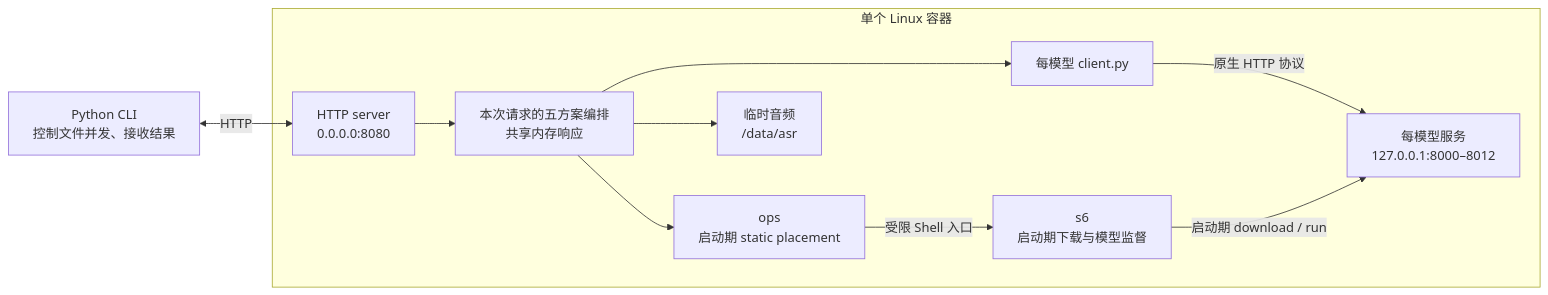
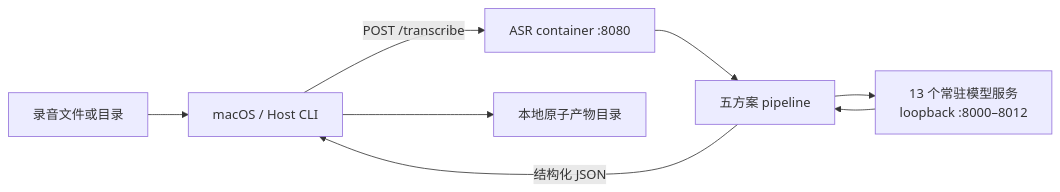
The first of 3 diagrams in platform/container/services/asr/DESIGN.md (curoky/codespace), drawn with Mermaid before and after one commit. The commit also changed other lines of this file and 27 other files, not shown here.

First line of the commit message:
refactor(asr): modernize model integration

````diff
--- a/platform/container/services/asr/DESIGN.md
+++ b/platform/container/services/asr/DESIGN.md
@@ -17,21 +7,10 @@
 ```mermaid
 flowchart LR
-    CLI[Python CLI<br/>控制文件并发、接收结果]
-    subgraph Container[单个 Linux 容器]
-        API[HTTP server<br/>0.0.0.0:8080]
-        Pipeline[本次请求的五方案编排<br/>共享内存响应]
-        Ops[ops<br/>启动期 static placement]
-        S6[s6<br/>启动期下载与模型监督]
-        Client[每模型 client.py]
-        Model[每模型服务<br/>127.0.0.1:8000–8012]
-        Data[临时音频<br/>/data/asr]
-        API --> Pipeline
-        Pipeline --> Client
-        Client -->|原生 HTTP 协议| Model
-        Pipeline --> Ops
-        Ops -->|受限 Shell 入口| S6
-        S6 -->|启动期 download / run| Model
-        Pipeline --> Data
-    end
-    CLI <-->|HTTP| API
+    Input[录音文件或目录] --> CLI[macOS / Host CLI]
+    CLI -->|POST /transcribe| API[ASR container :8080]
+    API --> Pipeline[五方案 pipeline]
+    Pipeline --> Models[13 个常驻模型服务<br/>loopback :8000–8012]
+    Models --> Pipeline
+    Pipeline -->|结构化 JSON| CLI
+    CLI --> Output[本地原子产物目录]
 ```
````
